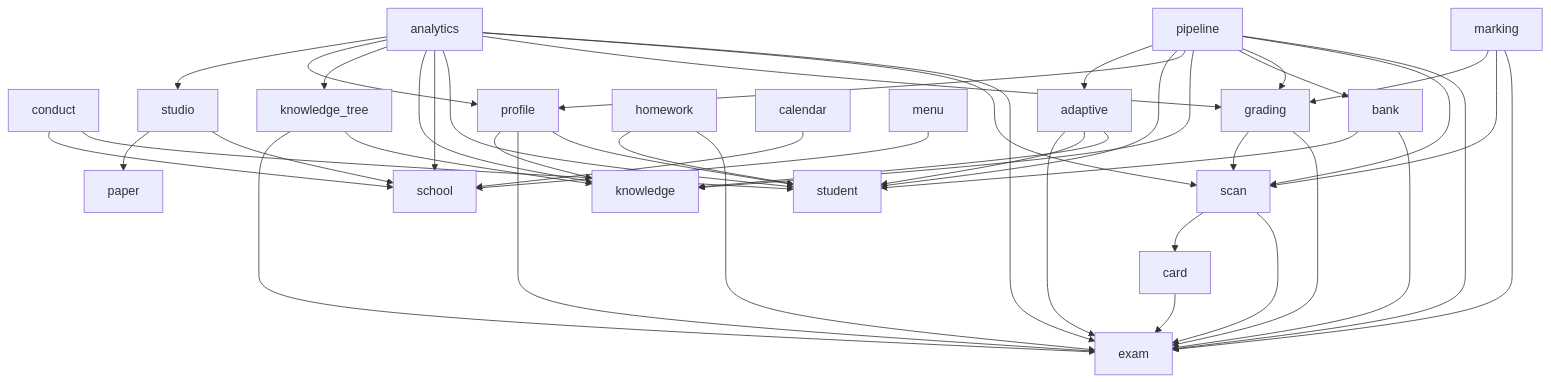
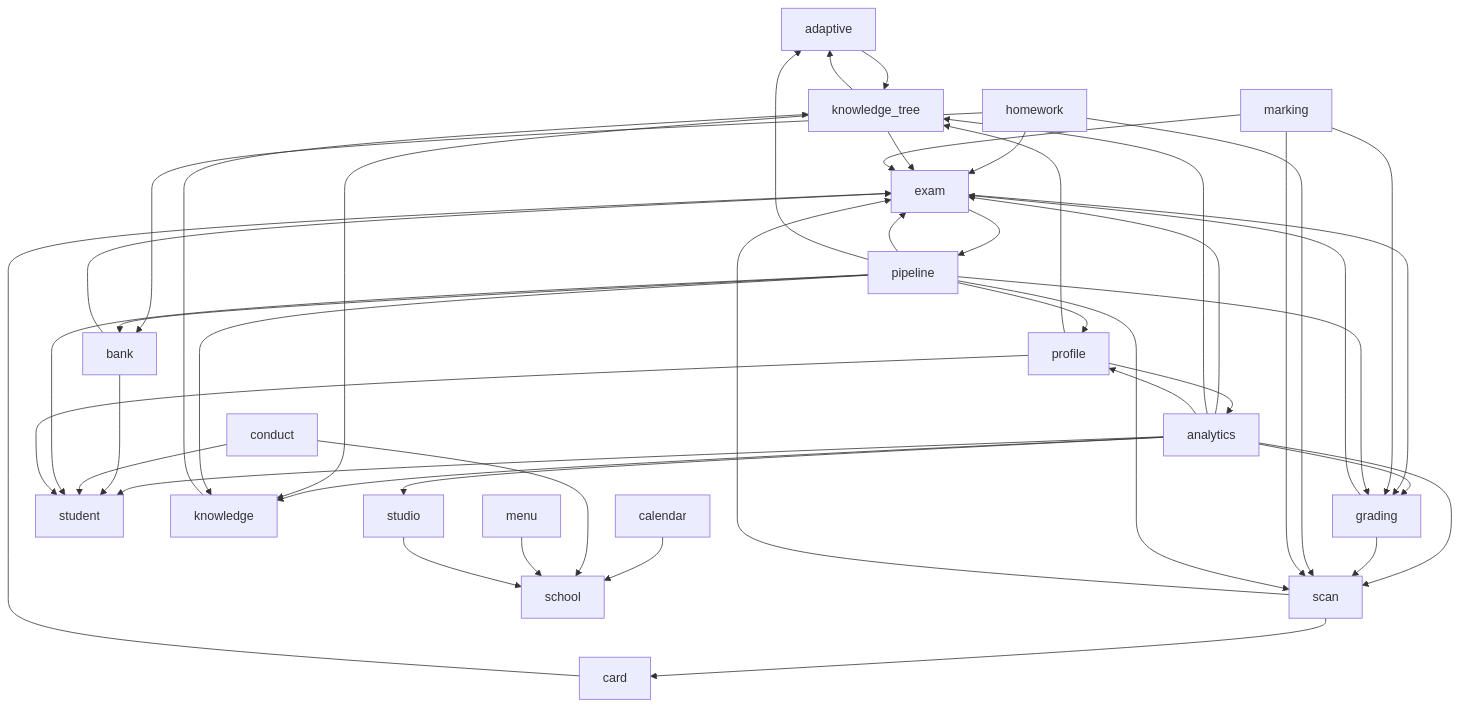
The diagram in docs/governance/dependency-graph.md (juanwan99/edu-cloud), drawn with Mermaid before and after one commit. The commit also changed other lines of this file and 26 other files, not shown here.

````diff
--- a/docs/governance/dependency-graph.md
+++ b/docs/governance/dependency-graph.md
@@ -6,46 +5,47 @@
 ```mermaid
 flowchart TD
+  adaptive --> knowledge_tree
+  analytics --> exam
+  analytics --> scan
+  analytics --> grading
+  analytics --> student
+  analytics --> knowledge
+  analytics --> knowledge_tree
+  analytics --> profile
+  analytics --> studio
+  bank --> exam
+  bank --> student
+  calendar --> school
+  card --> exam
   conduct --> student
   conduct --> school
+  exam --> grading
+  exam --> pipeline
   grading --> exam
   grading --> scan
+  homework --> exam
+  homework --> scan
+  homework --> bank
+  knowledge --> knowledge_tree
+  knowledge_tree --> knowledge
+  knowledge_tree --> exam
+  knowledge_tree --> adaptive
   marking --> exam
   marking --> scan
   marking --> grading
+  menu --> school
   pipeline --> exam
   pipeline --> scan
   pipeline --> grading
   pipeline --> bank
   pipeline --> knowledge
   pipeline --> profile
   pipeline --> student
   pipeline --> adaptive
-  analytics --> exam
-  analytics --> scan
-  analytics --> grading
-  analytics --> student
-  analytics --> school
-  analytics --> knowledge
-  analytics --> knowledge_tree
-  analytics --> profile
-  analytics --> studio
+  profile --> student
+  profile --> knowledge_tree
+  profile --> analytics
   scan --> exam
   scan --> card
-  card --> exam
-  homework --> exam
-  homework --> student
-  knowledge_tree --> knowledge
-  knowledge_tree --> exam
   studio --> school
-  studio --> paper
-  profile --> student
-  profile --> exam
-  profile --> knowledge
-  bank --> exam
-  bank --> student
-  calendar --> school
-  adaptive --> knowledge
-  adaptive --> student
-  adaptive --> exam
-  menu --> school
 ```
````
